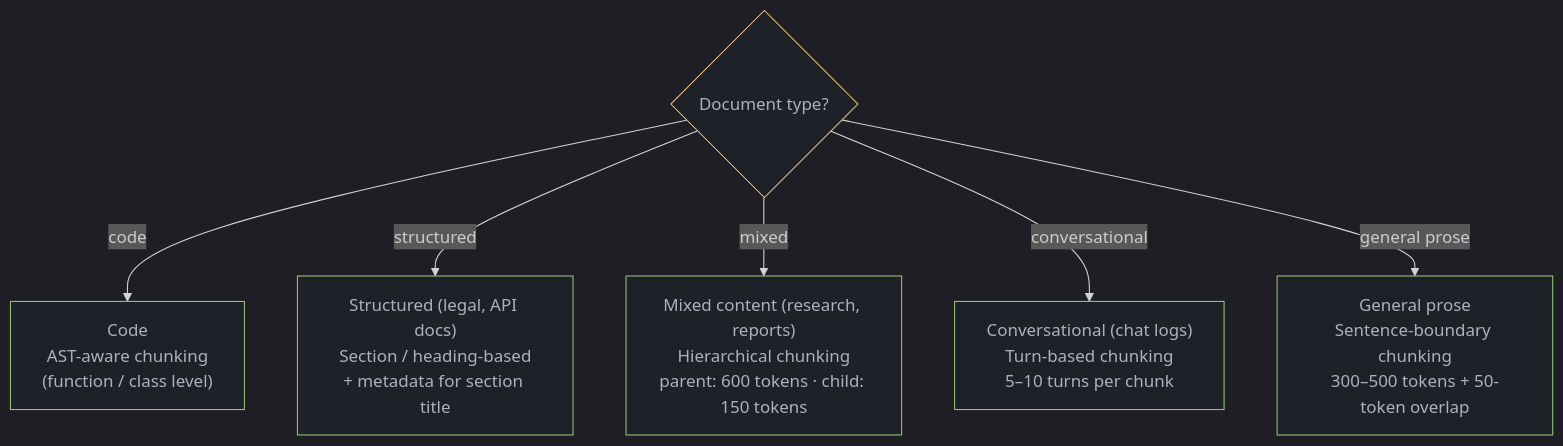
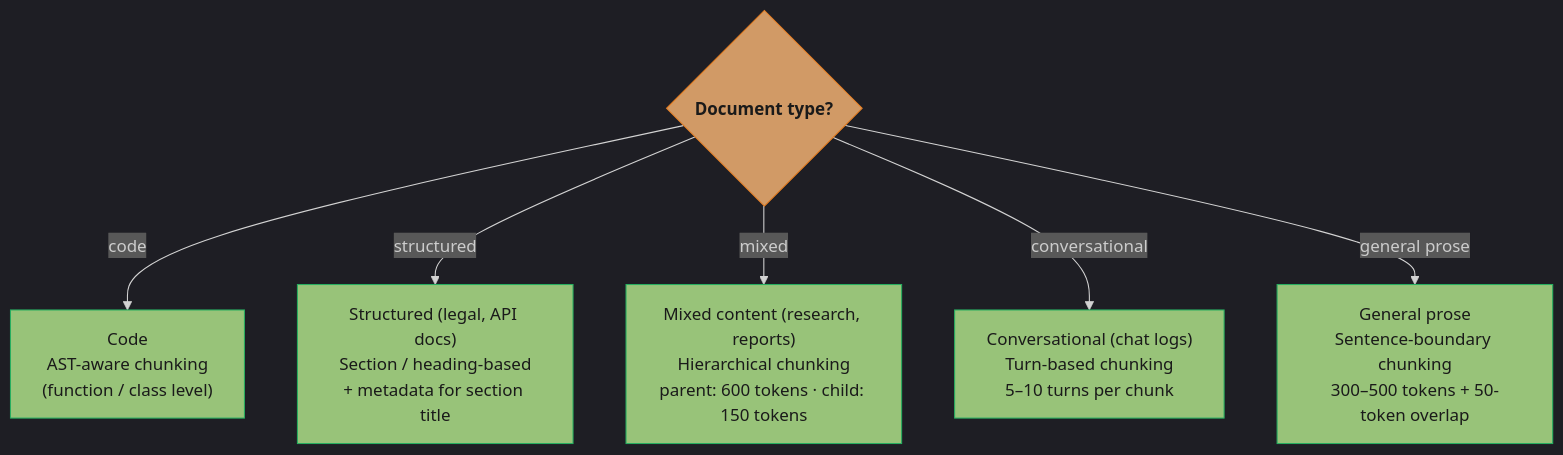
The diagram in src/main/java/com/rutik/systemdesign/llm/rag_fundamentals/chunking_strategies.md (rppol/system-design), drawn with Mermaid before and after one commit. The commit also changed 88 other files, not shown here.

````diff
--- a/src/main/java/com/rutik/systemdesign/llm/rag_fundamentals/chunking_strategies.md
+++ b/src/main/java/com/rutik/systemdesign/llm/rag_fundamentals/chunking_strategies.md
@@ -223,23 +223,27 @@
 ```mermaid
 %%{init: {'flowchart': {'curve': 'basis'}, 'theme': 'dark'}}%%
 flowchart TD
-    classDef decide fill:#1e2127,stroke:#e5c07b,color:#abb2bf
-    classDef proc   fill:#1e2127,stroke:#98c379,color:#abb2bf
-    classDef io     fill:#282c34,stroke:#61afef,color:#abb2bf
+    classDef io      fill:#61afef,stroke:#2e86c1,color:#1a1a1a,font-weight:bold
+    classDef frozen  fill:#c678dd,stroke:#9b59b6,color:#fff
+    classDef train   fill:#98c379,stroke:#27ae60,color:#1a1a1a
+    classDef mathOp  fill:#d19a66,stroke:#e67e22,color:#1a1a1a,font-weight:bold
+    classDef lossN   fill:#e06c75,stroke:#c0392b,color:#fff,font-weight:bold
+    classDef req     fill:#56b6c2,stroke:#0097a7,color:#1a1a1a
+    classDef base    fill:#e5c07b,stroke:#f39c12,color:#1a1a1a
 
     DOC{"Document type?"}
     CODE["Code\nAST-aware chunking\n(function / class level)"]
     STRUCT["Structured (legal, API docs)\nSection / heading-based\n+ metadata for section title"]
     MIXED["Mixed content (research, reports)\nHierarchical chunking\nparent: 600 tokens · child: 150 tokens"]
     CONV["Conversational (chat logs)\nTurn-based chunking\n5–10 turns per chunk"]
     PROSE["General prose\nSentence-boundary chunking\n300–500 tokens + 50-token overlap"]
 
     DOC -->|"code"| CODE
     DOC -->|"structured"| STRUCT
     DOC -->|"mixed"| MIXED
     DOC -->|"conversational"| CONV
     DOC -->|"general prose"| PROSE
 
-    class DOC decide
-    class CODE,STRUCT,MIXED,CONV,PROSE proc
+    class DOC mathOp
+    class CODE,STRUCT,MIXED,CONV,PROSE train
 ```
````
